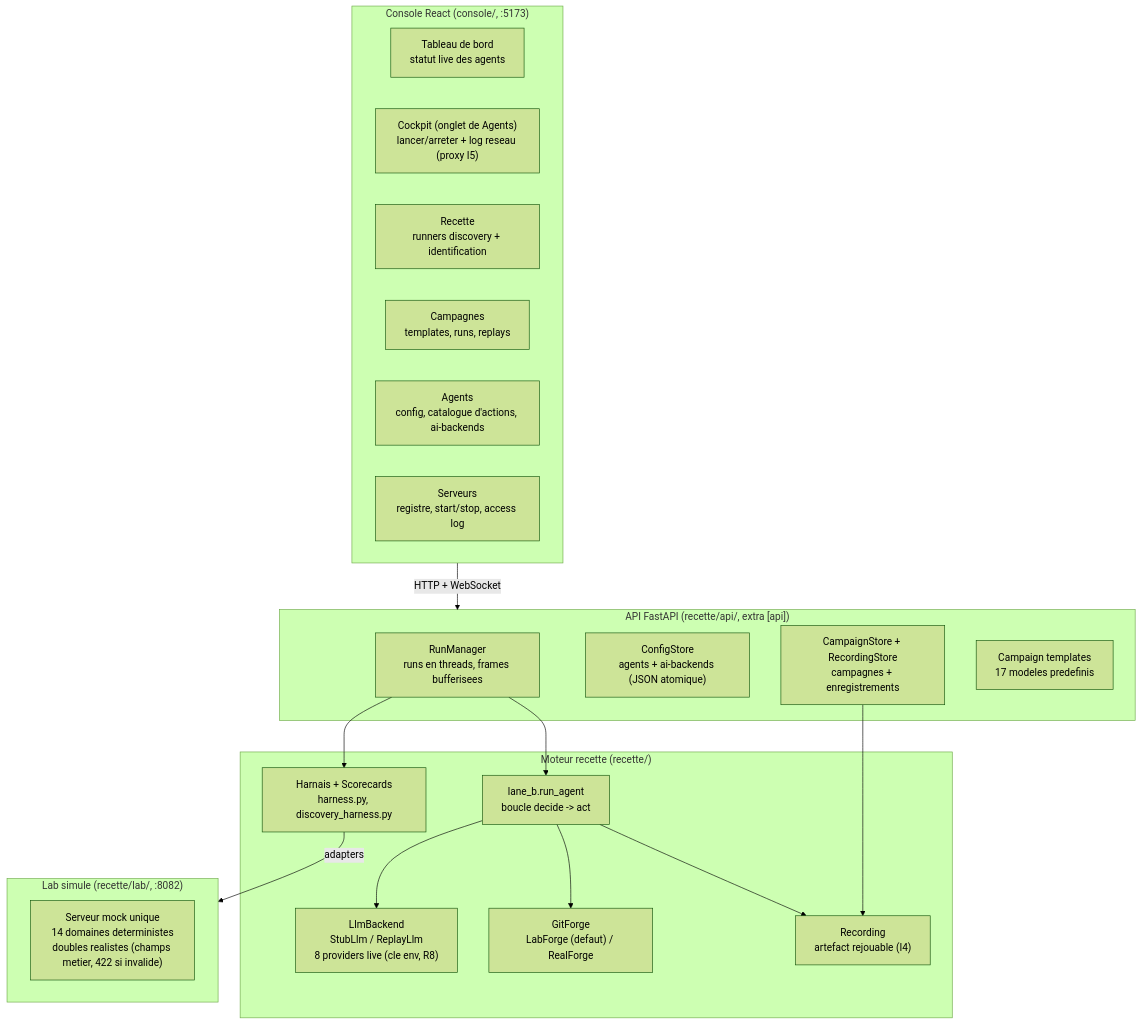
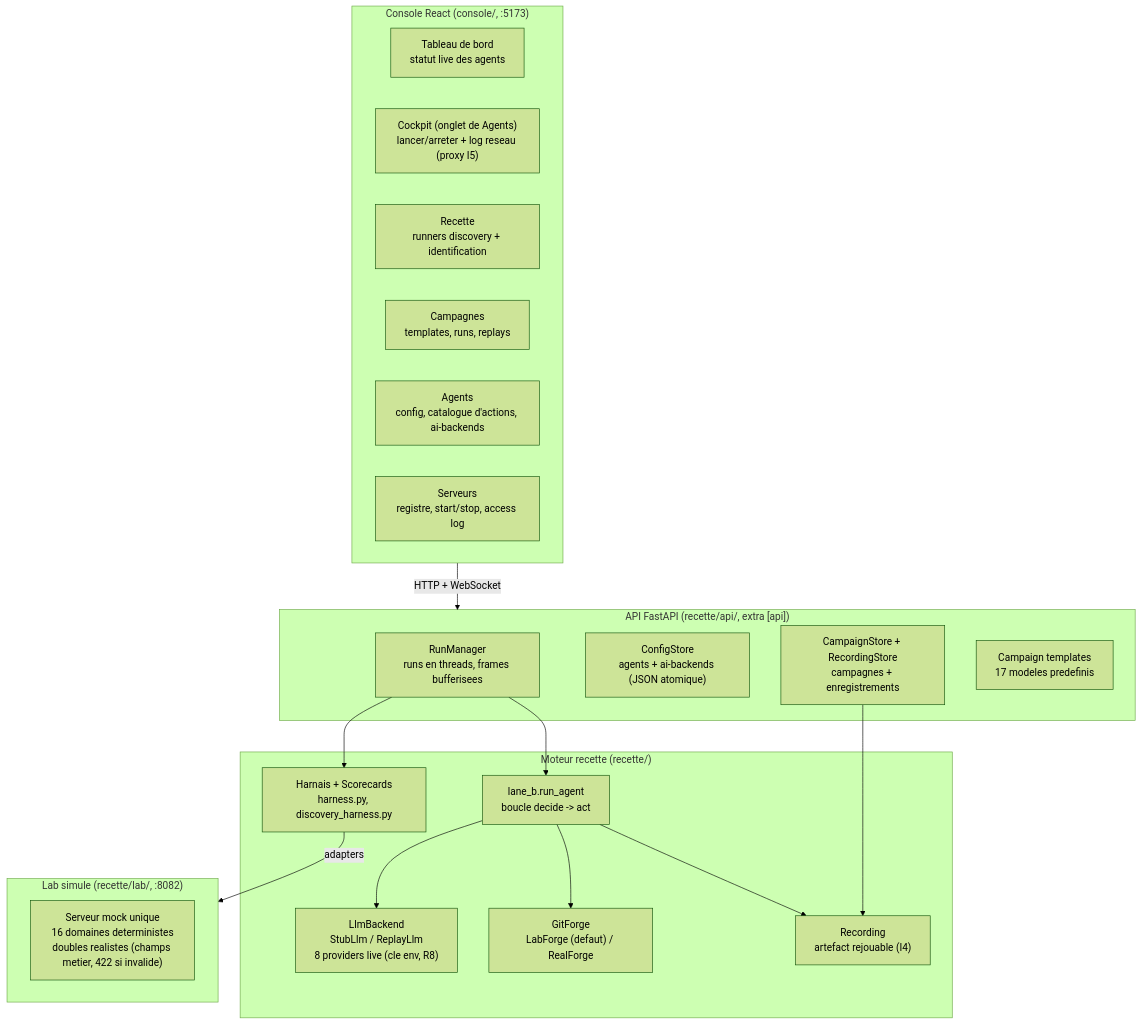
The second of 12 diagrams in docs/ARCHITECTURE.md (mo0ogly/recette_IA_agents), drawn with Mermaid (forest theme) before and after one commit. The commit also changed other lines of this file, not shown here.

First line of the commit message:
docs(architecture): align domain counts to 16 systems / 146 actions

````diff
--- a/docs/ARCHITECTURE.md
+++ b/docs/ARCHITECTURE.md
@@ -74,39 +74,39 @@
 ```mermaid
 flowchart TB
   subgraph CONSOLE["Console React (console/, :5173)"]
     DASH["Tableau de bord<br/>statut live des agents"]
     COCK["Cockpit (onglet de Agents)<br/>lancer/arreter + log reseau (proxy I5)"]
     RUNTAB["Recette<br/>runners discovery + identification"]
     CAMP["Campagnes<br/>templates, runs, replays"]
     AGENTS["Agents<br/>config, catalogue d'actions, ai-backends"]
     SRVTAB["Serveurs<br/>registre, start/stop, access log"]
   end
 
   subgraph API["API FastAPI (recette/api/, extra [api])"]
     RM["RunManager<br/>runs en threads, frames bufferisees"]
     CFG["ConfigStore<br/>agents + ai-backends (JSON atomique)"]
     CSTORE["CampaignStore + RecordingStore<br/>campagnes + enregistrements"]
     TPL["Campaign templates<br/>17 modeles predefinis"]
   end
 
   subgraph ENGINE["Moteur recette (recette/)"]
     LANEB["lane_b.run_agent<br/>boucle decide -> act"]
     LLM["LlmBackend<br/>StubLlm / ReplayLlm<br/>8 providers live (cle env, R8)"]
     FORGE["GitForge<br/>LabForge (defaut) / RealForge"]
     REC["Recording<br/>artefact rejouable (I4)"]
     HARN["Harnais + Scorecards<br/>harness.py, discovery_harness.py"]
   end
 
   subgraph LAB["Lab simule (recette/lab/, :8082)"]
-    MOCK["Serveur mock unique<br/>14 domaines deterministes<br/>doubles realistes (champs metier, 422 si invalide)"]
+    MOCK["Serveur mock unique<br/>16 domaines deterministes<br/>doubles realistes (champs metier, 422 si invalide)"]
   end
 
   CONSOLE -->|"HTTP + WebSocket"| API
   RM --> LANEB
   LANEB --> LLM
   LANEB --> FORGE
   LANEB --> REC
   RM --> HARN
   HARN -->|"adapters"| LAB
   CSTORE --> REC
 ```
````
